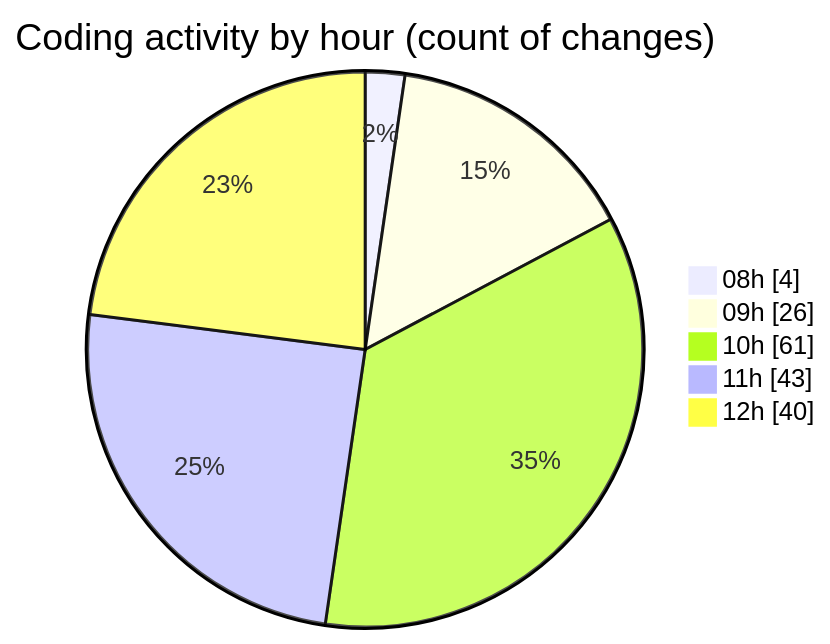
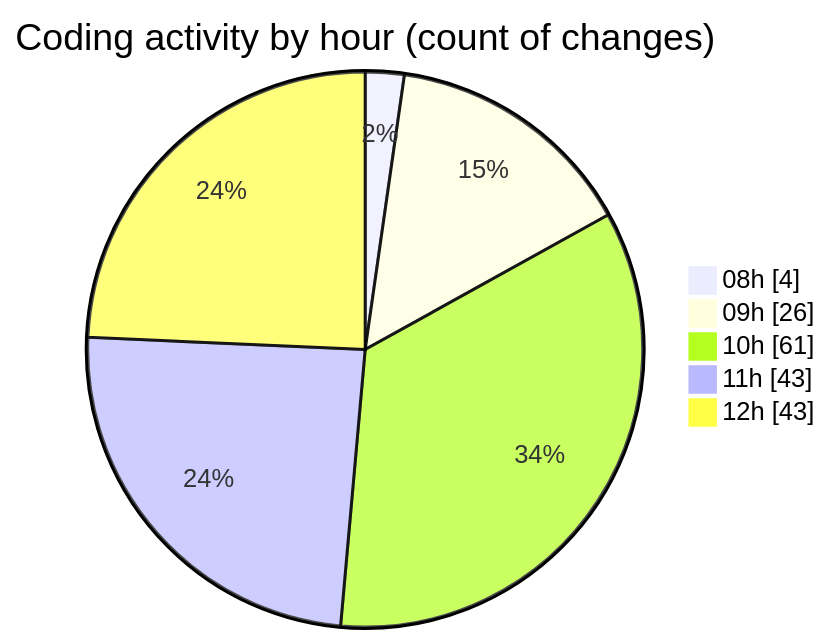
The second of 2 diagrams in 2026-02-19/bot_v1_2/README.md (becaeroporto-bot/code-tracking), drawn with Mermaid before and after one commit. The commit also changed other lines of this file and 1 other file, not shown here.

````diff
--- a/2026-02-19/bot_v1_2/README.md
+++ b/2026-02-19/bot_v1_2/README.md
@@ -37,9 +37,9 @@
 ```mermaid
 pie showData
 title Coding activity by hour (count of changes)
 "08h" : 4
 "09h" : 26
 "10h" : 61
 "11h" : 43
-"12h" : 40
+"12h" : 43
 ```
````
